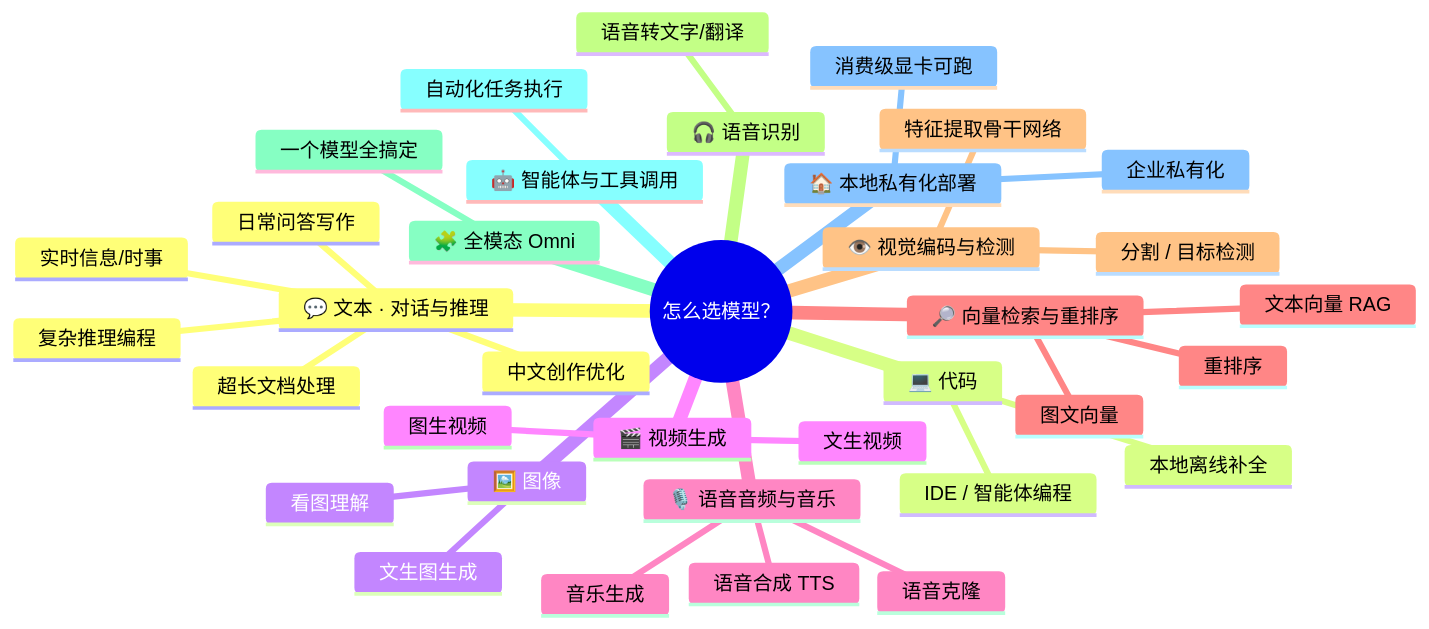
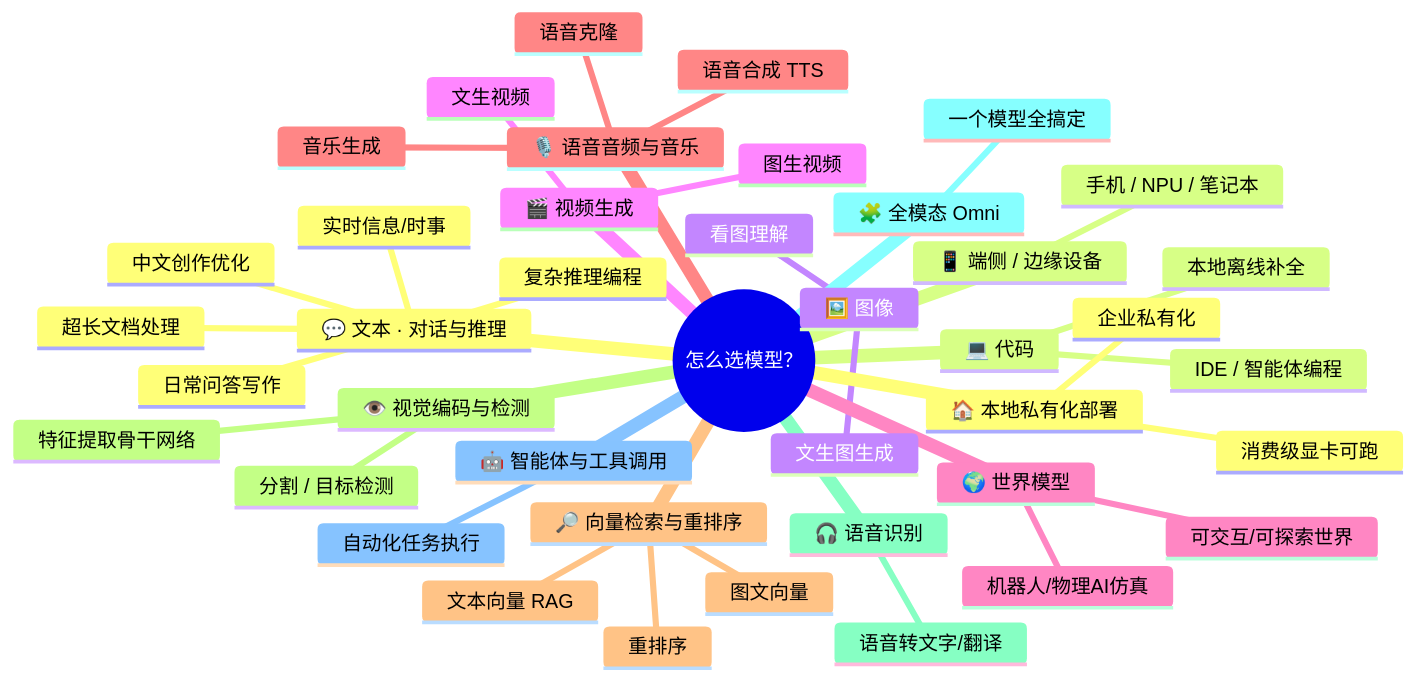
The first of 3 diagrams in README.zh-CN.md (HoobenWang/awesome-llm-landscape), drawn with Mermaid before and after one commit. The commit also changed other lines of this file and 2 other files, not shown here.

````diff
--- a/README.zh-CN.md
+++ b/README.zh-CN.md
@@ -50,39 +52,44 @@
 ```mermaid
 mindmap
   root((怎么选模型？))
     💬 文本 · 对话与推理
       日常问答写作
       复杂推理编程
       超长文档处理
       中文创作优化
       实时信息/时事
     💻 代码
       IDE / 智能体编程
       本地离线补全
     🖼️ 图像
       看图理解
       文生图生成
     🎬 视频生成
       文生视频
       图生视频
+    🌍 世界模型
+      可交互/可探索世界
+      机器人/物理AI仿真
     🎙️ 语音音频与音乐
       语音合成 TTS
       语音克隆
       音乐生成
     🔎 向量检索与重排序
       文本向量 RAG
       图文向量
       重排序
     👁️ 视觉编码与检测
       特征提取骨干网络
       分割 / 目标检测
     🎧 语音识别
       语音转文字/翻译
     🧩 全模态 Omni
       一个模型全搞定
     🤖 智能体与工具调用
       自动化任务执行
     🏠 本地私有化部署
       消费级显卡可跑
       企业私有化
+    📱 端侧 / 边缘设备
+      手机 / NPU / 笔记本
 ```
````
